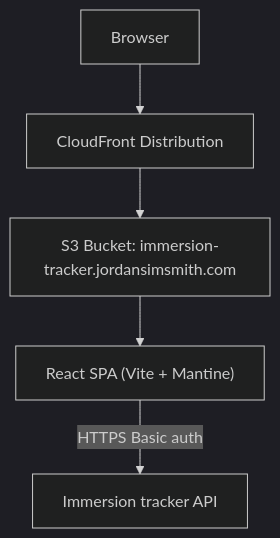
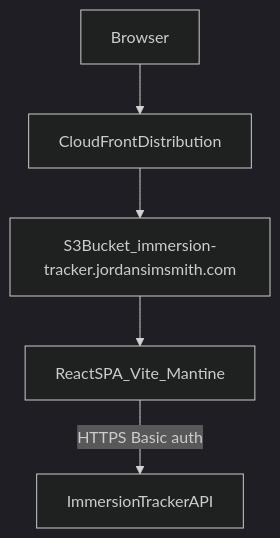
Before and after one commit to jordansimsmith/jordansimsmith-com: the first of 2 diagrams in immersion_tracker_web/README.md, drawn with Mermaid (dark theme). The commit also changed other lines of this file and 9 other files, not shown here.

````diff
--- a/immersion_tracker_web/README.md
+++ b/immersion_tracker_web/README.md
@@ -7,7 +37,7 @@
 ```mermaid
 flowchart TD
-  A[Browser] --> B[CloudFront Distribution]
-  B --> C[S3 Bucket: immersion-tracker.jordansimsmith.com]
-  C --> D["React SPA (Vite + Mantine)"]
-  D -->|HTTPS Basic auth| E[Immersion tracker API]
+  browser[Browser] --> cloudFront[CloudFrontDistribution]
+  cloudFront --> s3Bucket[S3Bucket_immersion-tracker.jordansimsmith.com]
+  s3Bucket --> spa[ReactSPA_Vite_Mantine]
+  spa -->|"HTTPS Basic auth"| api[ImmersionTrackerAPI]
 ```
````
